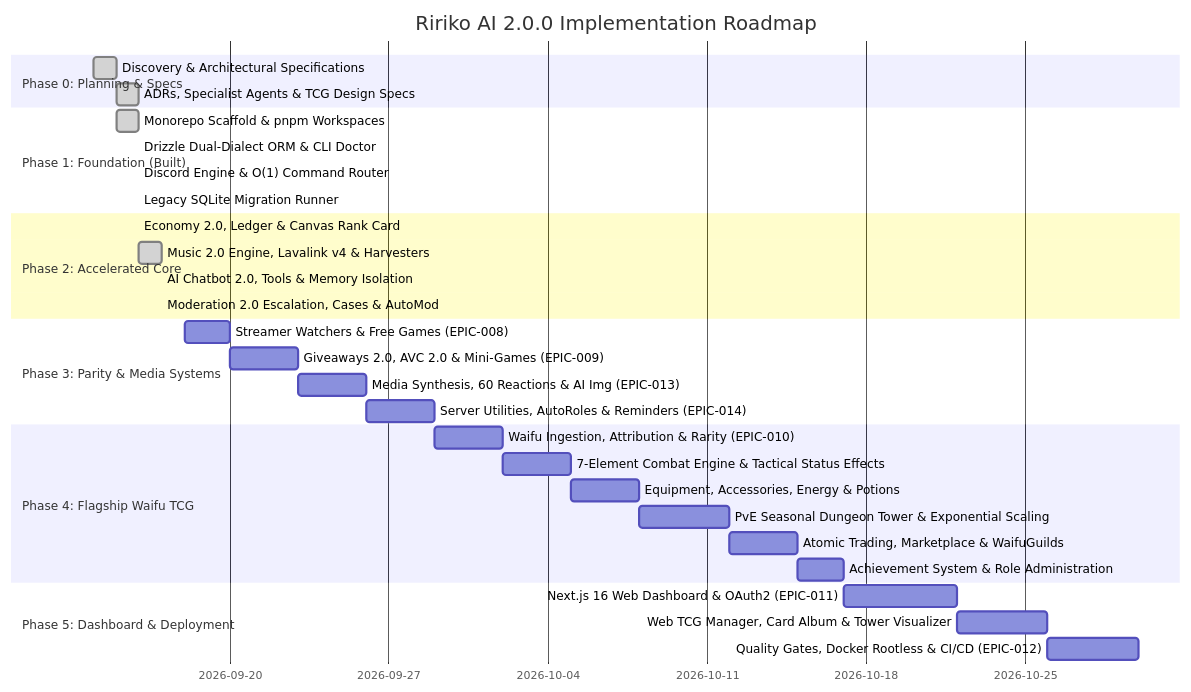
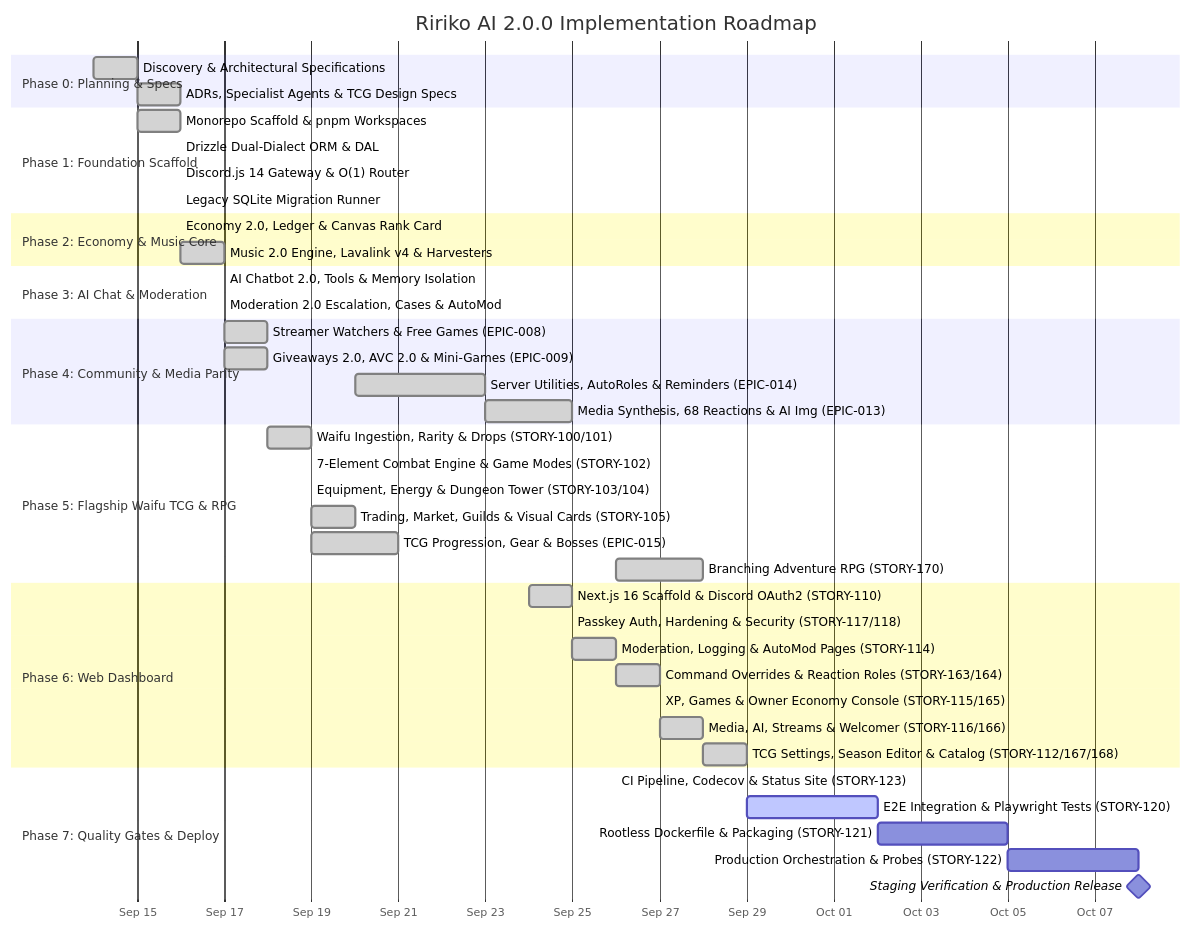
One commit to RirikoAI/RirikoBot changed the diagram in docs/implementation-roadmap.md. Above: the diagram before and after it, drawn with Mermaid. The commit also changed other lines of this file, not shown here.

````diff
--- a/docs/implementation-roadmap.md
+++ b/docs/implementation-roadmap.md
@@ -10,34 +25,54 @@
 ```mermaid
 gantt
     title Ririko AI 2.0.0 Implementation Roadmap
     dateFormat  YYYY-MM-DD
+    axisFormat  %b %d
+
     section Phase 0: Planning & Specs
     Discovery & Architectural Specifications   :done, 2026-09-14, 2026-09-15
     ADRs, Specialist Agents & TCG Design Specs :done, 2026-09-15, 2026-09-16
-    section Phase 1: Foundation (Built)
+
+    section Phase 1: Foundation Scaffold
     Monorepo Scaffold & pnpm Workspaces        :done, 2026-09-15, 2026-09-16
-    Drizzle Dual-Dialect ORM & CLI Doctor      :done, 2026-09-16, 2026-09-16
-    Discord Engine & O(1) Command Router       :done, 2026-09-16, 2026-09-16
+    Drizzle Dual-Dialect ORM & DAL             :done, 2026-09-16, 2026-09-16
+    Discord.js 14 Gateway & O(1) Router        :done, 2026-09-16, 2026-09-16
     Legacy SQLite Migration Runner             :done, 2026-09-16, 2026-09-16
-    section Phase 2: Accelerated Core
+
+    section Phase 2: Economy & Music Core
     Economy 2.0, Ledger & Canvas Rank Card     :done, 2026-09-16, 2026-09-16
     Music 2.0 Engine, Lavalink v4 & Harvesters :done, 2026-09-16, 2026-09-17
+
+    section Phase 3: AI Chat & Moderation
     AI Chatbot 2.0, Tools & Memory Isolation   :done, 2026-09-17, 2026-09-17
     Moderation 2.0 Escalation, Cases & AutoMod :done, 2026-09-17, 2026-09-17
-    section Phase 3: Parity & Media Systems
-    Streamer Watchers & Free Games (EPIC-008)  :2026-09-18, 2d
-    Giveaways 2.0, AVC 2.0 & Mini-Games (EPIC-009) :2026-09-20, 3d
-    Media Synthesis, 60 Reactions & AI Img (EPIC-013) :2026-09-23, 3d
-    Server Utilities, AutoRoles & Reminders (EPIC-014) :2026-09-26, 3d
-    section Phase 4: Flagship Waifu TCG
-    Waifu Ingestion, Attribution & Rarity (EPIC-010) :2026-09-29, 3d
-    7-Element Combat Engine & Tactical Status Effects :2026-10-02, 3d
-    Equipment, Accessories, Energy & Potions          :2026-10-05, 3d
-    PvE Seasonal Dungeon Tower & Exponential Scaling  :2026-10-08, 4d
-    Atomic Trading, Marketplace & WaifuGuilds        :2026-10-12, 3d
-    Achievement System & Role Administration         :2026-10-15, 2d
-    section Phase 5: Dashboard & Deployment
-    Next.js 16 Web Dashboard & OAuth2 (EPIC-011)      :2026-10-17, 5d
-    Web TCG Manager, Card Album & Tower Visualizer    :2026-10-22, 4d
-    Quality Gates, Docker Rootless & CI/CD (EPIC-012) :2026-10-26, 4d
+
+    section Phase 4: Community & Media Parity
+    Streamer Watchers & Free Games (EPIC-008)  :done, 2026-09-17, 2026-09-18
+    Giveaways 2.0, AVC 2.0 & Mini-Games (EPIC-009) :done, 2026-09-17, 2026-09-18
+    Server Utilities, AutoRoles & Reminders (EPIC-014) :done, 2026-09-20, 2026-09-23
+    Media Synthesis, 68 Reactions & AI Img (EPIC-013) :done, 2026-09-23, 2026-09-25
+
+    section Phase 5: Flagship Waifu TCG & RPG
+    Waifu Ingestion, Rarity & Drops (STORY-100/101) :done, 2026-09-18, 2026-09-19
+    7-Element Combat Engine & Game Modes (STORY-102) :done, 2026-09-19, 2026-09-19
+    Equipment, Energy & Dungeon Tower (STORY-103/104) :done, 2026-09-19, 2026-09-19
+    Trading, Market, Guilds & Visual Cards (STORY-105) :done, 2026-09-19, 2026-09-20
+    TCG Progression, Gear & Bosses (EPIC-015) :done, 2026-09-19, 2026-09-21
+    Branching Adventure RPG (STORY-170)        :done, 2026-09-26, 2026-09-28
+
+    section Phase 6: Web Dashboard
+    Next.js 16 Scaffold & Discord OAuth2 (STORY-110) :done, 2026-09-24, 2026-09-25
+    Passkey Auth, Hardening & Security (STORY-117/118) :done, 2026-09-25, 2026-09-25
+    Moderation, Logging & AutoMod Pages (STORY-114) :done, 2026-09-25, 2026-09-26
+    Command Overrides & Reaction Roles (STORY-163/164) :done, 2026-09-26, 2026-09-27
+    XP, Games & Owner Economy Console (STORY-115/165) :done, 2026-09-27, 2026-09-27
+    Media, AI, Streams & Welcomer (STORY-116/166) :done, 2026-09-27, 2026-09-28
+    TCG Settings, Season Editor & Catalog (STORY-112/167/168) :done, 2026-09-28, 2026-09-29
+
+    section Phase 7: Quality Gates & Deploy
+    CI Pipeline, Codecov & Status Site (STORY-123) :done, 2026-09-26, 2026-09-26
+    E2E Integration & Playwright Tests (STORY-120) :active, 2026-09-29, 3d
+    Rootless Dockerfile & Packaging (STORY-121)    :2026-10-02, 3d
+    Production Orchestration & Probes (STORY-122)  :2026-10-05, 3d
+    Staging Verification & Production Release      :milestone, 2026-10-08, 0d
 ```
````
